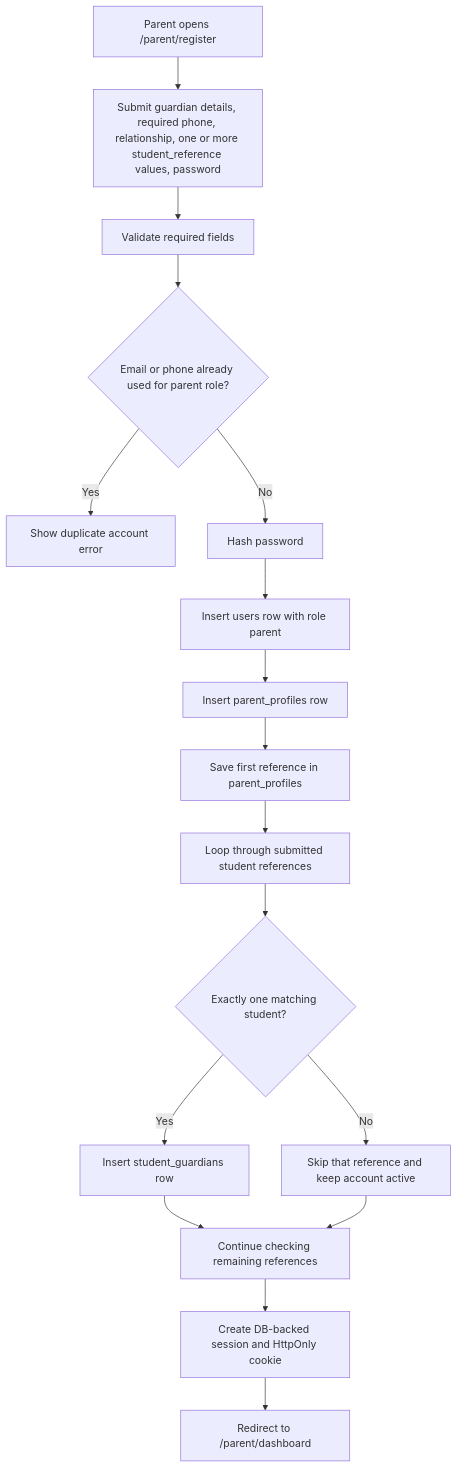
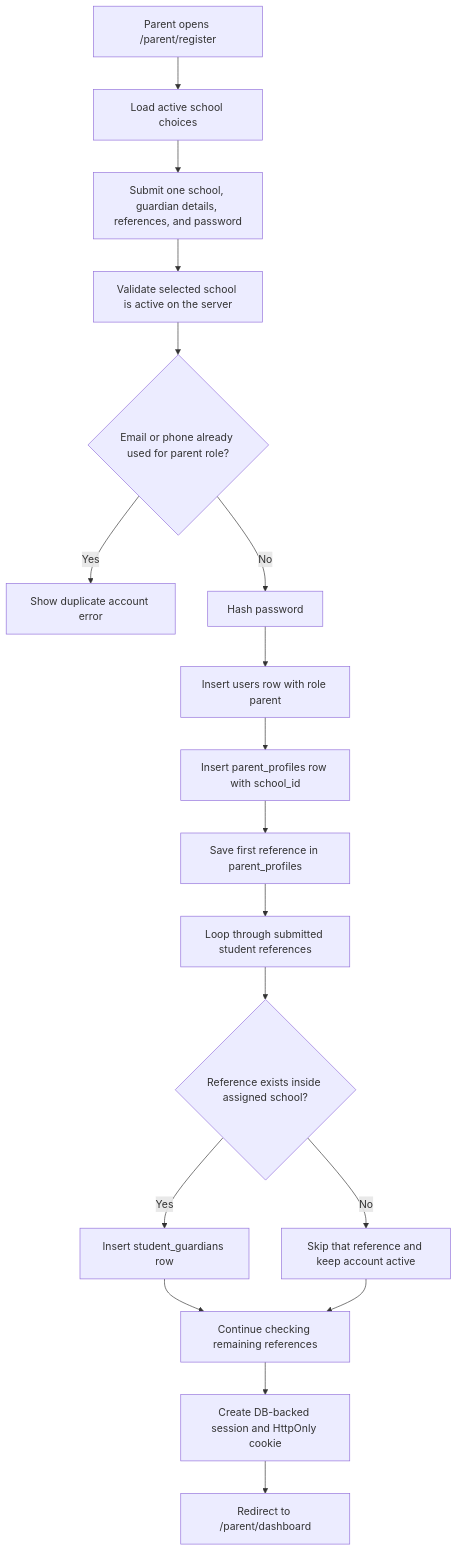
Diagram 11 of 23 in docs/PROJECT_FLOWCHARTS.md (Xeyn19/xmetapay), drawn with Mermaid before and after one commit. The commit also changed other lines of this file and 34 other files, not shown here.

Commit message:
feat(parent): enforce single-school parent scope

````diff
--- a/docs/PROJECT_FLOWCHARTS.md
+++ b/docs/PROJECT_FLOWCHARTS.md
@@ -404,19 +404,20 @@
 ```mermaid
 flowchart TD
-  A["Parent opens /parent/register"] --> B["Submit guardian details, required phone, relationship, one or more student_reference values, password"]
-  B --> C["Validate required fields"]
-  C --> D{"Email or phone already used for parent role?"}
+  A["Parent opens /parent/register"] --> B["Load active school choices"]
+  B --> C["Submit one school, guardian details, references, and password"]
+  C --> C2["Validate selected school is active on the server"]
+  C2 --> D{"Email or phone already used for parent role?"}
   D -->|Yes| E["Show duplicate account error"]
   D -->|No| F["Hash password"]
   F --> G["Insert users row with role parent"]
-  G --> H["Insert parent_profiles row"]
+  G --> H["Insert parent_profiles row with school_id"]
   H --> I["Save first reference in parent_profiles"]
   I --> J["Loop through submitted student references"]
-  J --> K{"Exactly one matching student?"}
+  J --> K{"Reference exists inside assigned school?"}
   K -->|Yes| L["Insert student_guardians row"]
   K -->|No| M["Skip that reference and keep account active"]
   L --> N["Continue checking remaining references"]
   M --> N
   N --> O["Create DB-backed session and HttpOnly cookie"]
   O --> P["Redirect to /parent/dashboard"]
 ```
````
